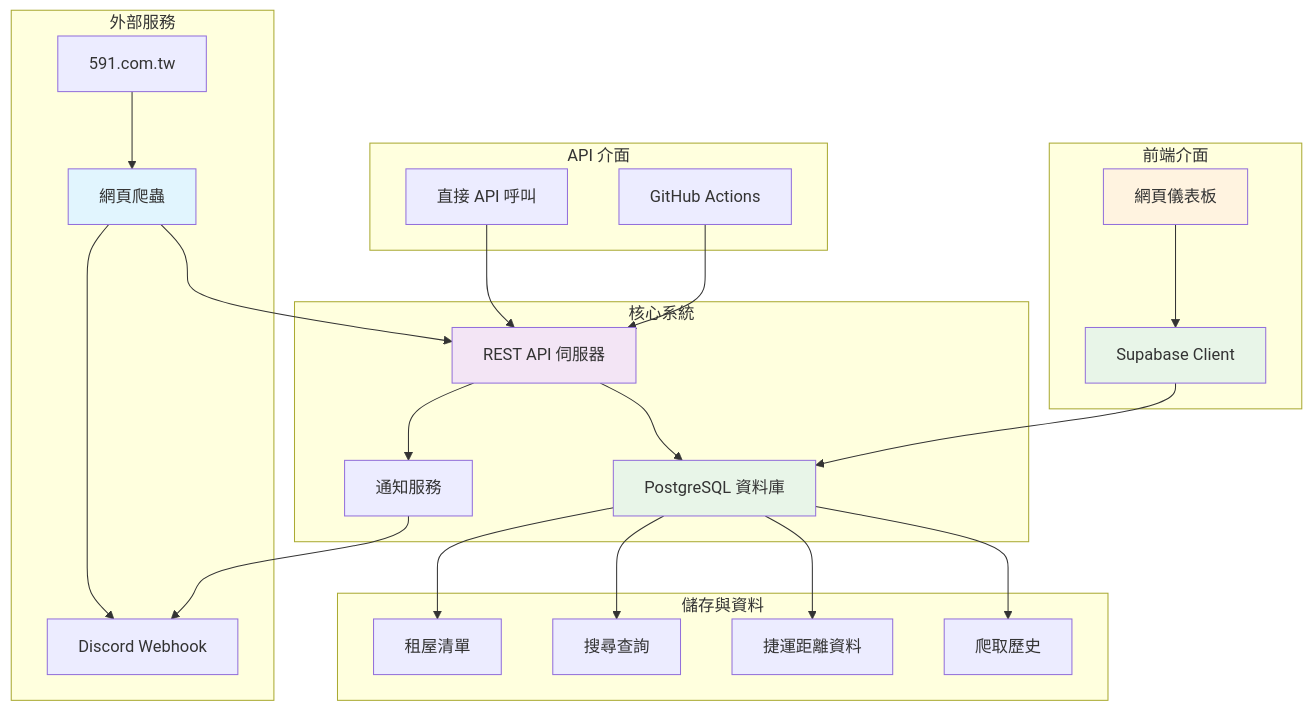
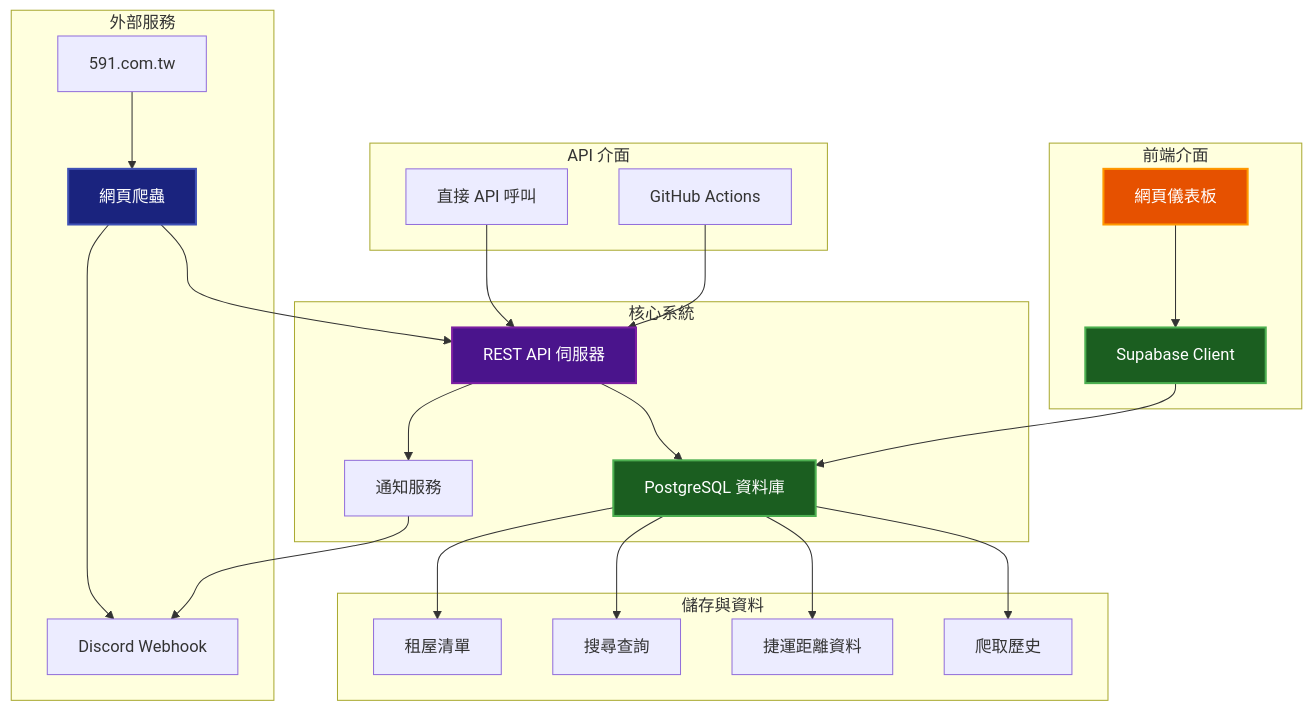
Before and after one commit to iml885203/591: the diagram in README.zh-TW.md, drawn with Mermaid. The commit also changed 1 other file, not shown here.

Commit message:
docs: improve Mermaid diagram colors for dark mode compatibility in Chinese README
- Update all Mermaid style definitions to use dark backgrounds with white text
- Maintain consistency with English README version
- Improve readability in dark mode environments

````diff
--- a/README.zh-TW.md
+++ b/README.zh-TW.md
@@ -28,37 +28,37 @@
 ```mermaid
 graph TB
     subgraph "外部服務"
         A[591.com.tw] --> B[網頁爬蟲]
         B --> C[Discord Webhook]
     end
     
     subgraph "核心系統"
         B --> D[REST API 伺服器]
         D --> E[PostgreSQL 資料庫]
         D --> F[通知服務]
         F --> C
     end
     
     subgraph "前端介面"
         G[網頁儀表板] --> N[Supabase Client]
         N --> E
     end
     
     subgraph "API 介面"
         H[直接 API 呼叫] --> D
         I[GitHub Actions] --> D
     end
     
     subgraph "儲存與資料"
         E --> J[租屋清單]
         E --> K[搜尋查詢] 
         E --> L[捷運距離資料]
         E --> M[爬取歷史]
     end
     
-    style B fill:#e1f5fe
-    style D fill:#f3e5f5
-    style E fill:#e8f5e8
-    style G fill:#fff3e0
-    style N fill:#e8f5e8
+    style B fill:#1a237e,stroke:#3f51b5,stroke-width:2px,color:#fff
+    style D fill:#4a148c,stroke:#7b1fa2,stroke-width:2px,color:#fff
+    style E fill:#1b5e20,stroke:#4caf50,stroke-width:2px,color:#fff
+    style G fill:#e65100,stroke:#ff9800,stroke-width:2px,color:#fff
+    style N fill:#1b5e20,stroke:#4caf50,stroke-width:2px,color:#fff
 ```
````
